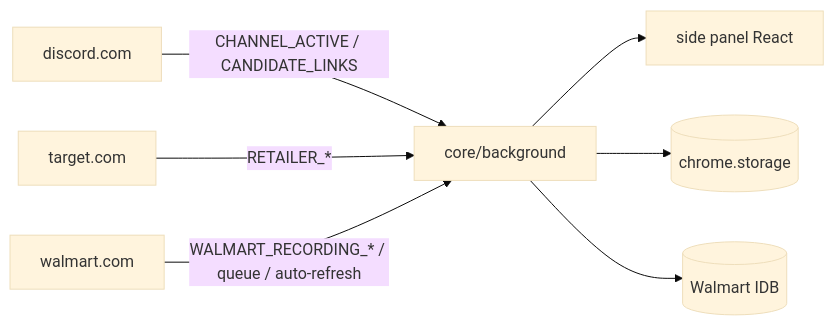
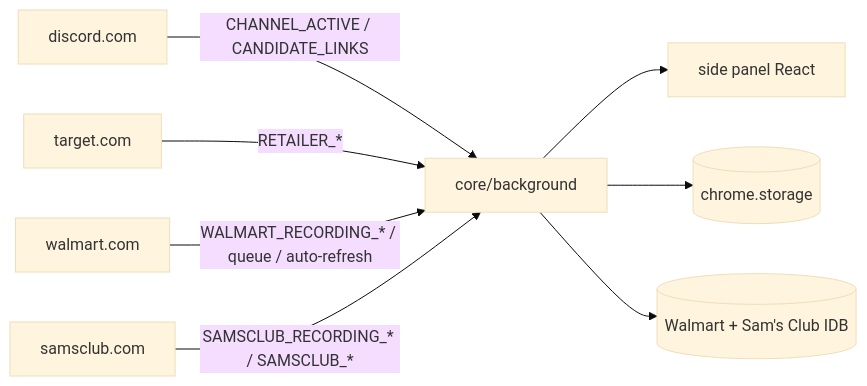
Before and after one commit to Quarks-1/CookieScripts: the second of 2 diagrams in AGENTS.md, drawn with Mermaid (base theme). The commit also changed other lines of this file and 2 other files, not shown here.

First line of the commit message:
docs(agents): document Sam's Club across layer guides [skip ci]

````diff
--- a/AGENTS.md
+++ b/AGENTS.md
@@ -119,9 +121,10 @@
 ```mermaid
 flowchart LR
   discord[discord.com] -->|CHANNEL_ACTIVE / CANDIDATE_LINKS| SW[core/background]
   target[target.com] -->|RETAILER_*| SW
   walmart[walmart.com] -->|WALMART_RECORDING_* / queue / auto-refresh| SW
+  samsclub[samsclub.com] -->|SAMSCLUB_RECORDING_* / SAMSCLUB_*| SW
   SW --> UI[side panel React]
   SW --> Store[(chrome.storage)]
-  SW --> IDB[(Walmart IDB)]
+  SW --> IDB[(Walmart + Sam's Club IDB)]
 ```
````
